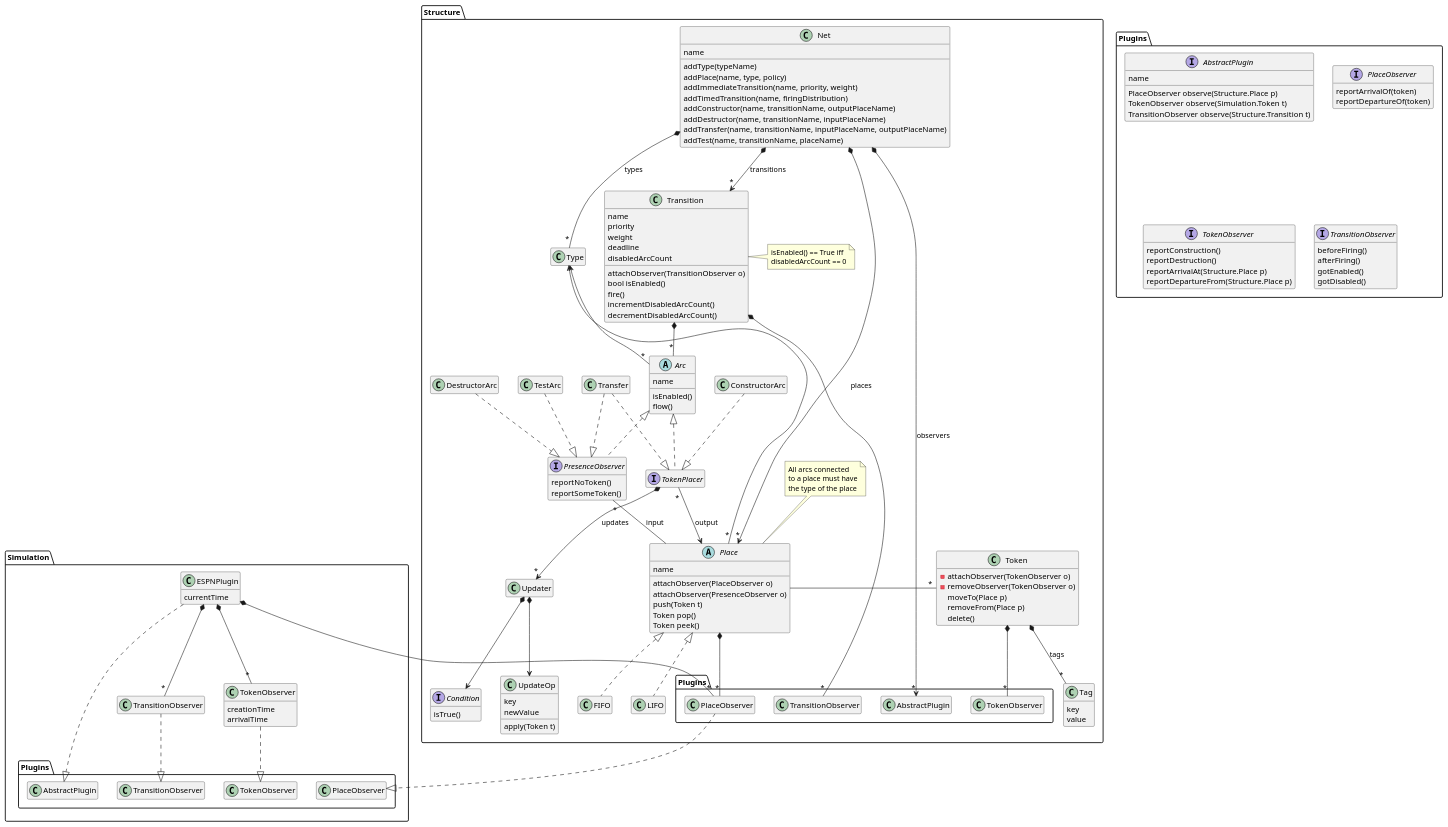
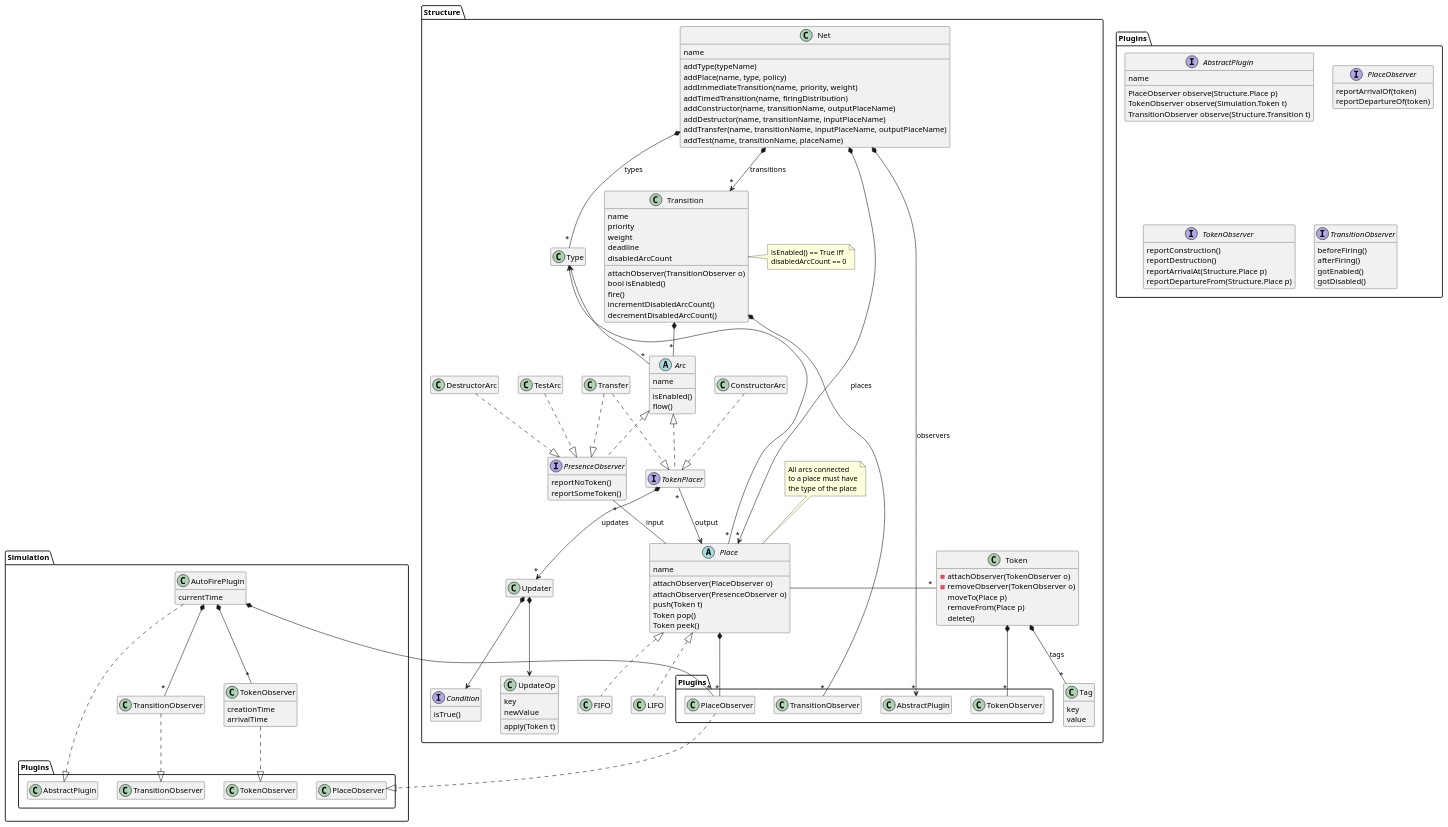
One commit to vadaszd/petsi changed the diagram in petsi/petsi.puml. Above: the diagram before and after it, drawn with PlantUML. The commit also changed 4 other files, not shown here.

```diff
--- a/petsi/petsi.puml
+++ b/petsi/petsi.puml
@@ -1,162 +1,162 @@
 @startuml
 hide empty members
 
 namespace Structure {
 
 class Net {
     name
     addType(typeName)
     addPlace(name, type, policy)
     addImmediateTransition(name, priority, weight)
     addTimedTransition(name, firingDistribution)
     addConstructor(name, transitionName, outputPlaceName)
     addDestructor(name, transitionName, inputPlaceName)
     addTransfer(name, transitionName, inputPlaceName, outputPlaceName)
     addTest(name, transitionName, placeName)
 }
 
 abstract class Place {
     name
     attachObserver(PlaceObserver o)
     attachObserver(PresenceObserver o)
     push(Token t)
     Token pop()
     Token peek()
 }
 
 note as placeNote
 All arcs connected
 to a place must have
 the type of the place
 end note
 placeNote .. Place
 
 class Transition{
     name
     priority
     weight
     deadline
     disabledArcCount
     attachObserver(TransitionObserver o)
     bool isEnabled()
     fire()
     incrementDisabledArcCount()
     decrementDisabledArcCount()
 }
 note right
 isEnabled() == True iff
 disabledArcCount == 0
 end note
 
 interface Condition{
     isTrue()
 }
 
 class UpdateOp {
     key
     newValue
     apply(Token t)
 }
 
 abstract class Arc {
     name
     isEnabled()
     flow()
 }
 
 class Token {
     -attachObserver(TokenObserver o)
     -removeObserver(TokenObserver o)
     moveTo(Place p)
     removeFrom(Place p)
     delete()
 }
 class Tag{
     key
     value
 }
 
 interface TokenPlacer
 
 interface PresenceObserver {
     reportNoToken()
     reportSomeToken()
 }
 
 Net *-- "*" Type: types
 Net *--> "*" Place: places
 Net *--> "*" Transition: transitions
 Net *--> "*" Plugins.AbstractPlugin: observers
 Type <-- "*" Arc
 Type <-- "*" Place
 Place -l- "*" Token
 Token *-- "*" Plugins.TokenObserver
 Token *-- "*" Tag : tags
 Place *-- "*" Plugins.PlaceObserver
 TokenPlacer .u.|> Arc
 PresenceObserver .u.|> Arc
 Transition *-- "*" Arc
 Transition *-- "*" Plugins.TransitionObserver
 PresenceObserver "*" -- Place : input
 TestArc .d.|> PresenceObserver
 ConstructorArc .d.|> TokenPlacer
 DestructorArc .d.|> PresenceObserver
 TokenPlacer "*" --> Place : output
 Transfer  .d.|> TokenPlacer
 Transfer  .d.|> PresenceObserver
 FIFO .u.|> Place
 LIFO .u.|> Place
 TokenPlacer *--> "*" Updater : updates
 Updater *--> Condition
 Updater *--> UpdateOp
 
 
 }
 
 namespace Simulation {
-class ESPNPlugin{
+class AutoFirePlugin{
     currentTime
 }
 
 class TransitionObserver
 
 class TokenObserver {
     creationTime
     arrivalTime
 }
 
-ESPNPlugin *-- "*" TransitionObserver
-ESPNPlugin *-- "*" TokenObserver
-ESPNPlugin *-- "*" PlaceObserver
-ESPNPlugin ..|> Plugins.AbstractPlugin
+AutoFirePlugin *-- "*" TransitionObserver
+AutoFirePlugin *-- "*" TokenObserver
+AutoFirePlugin *-- "*" PlaceObserver
+AutoFirePlugin ..|> Plugins.AbstractPlugin
 TransitionObserver ..|> Plugins.TransitionObserver
 TokenObserver ..|> Plugins.TokenObserver
 PlaceObserver ..|> Plugins.PlaceObserver
 }
 
 namespace Plugins {
 interface AbstractPlugin {
     name
     PlaceObserver observe(Structure.Place p)
     TokenObserver observe(Simulation.Token t)
     TransitionObserver observe(Structure.Transition t)
 }
 interface PlaceObserver{
     reportArrivalOf(token)
     reportDepartureOf(token)
 }
 interface TokenObserver{
     reportConstruction()
     reportDestruction()
     reportArrivalAt(Structure.Place p)
     reportDepartureFrom(Structure.Place p)
 }
 interface TransitionObserver{
     beforeFiring()
     afterFiring()
     gotEnabled()
     gotDisabled()
 }
 
 }
 @enduml
```
